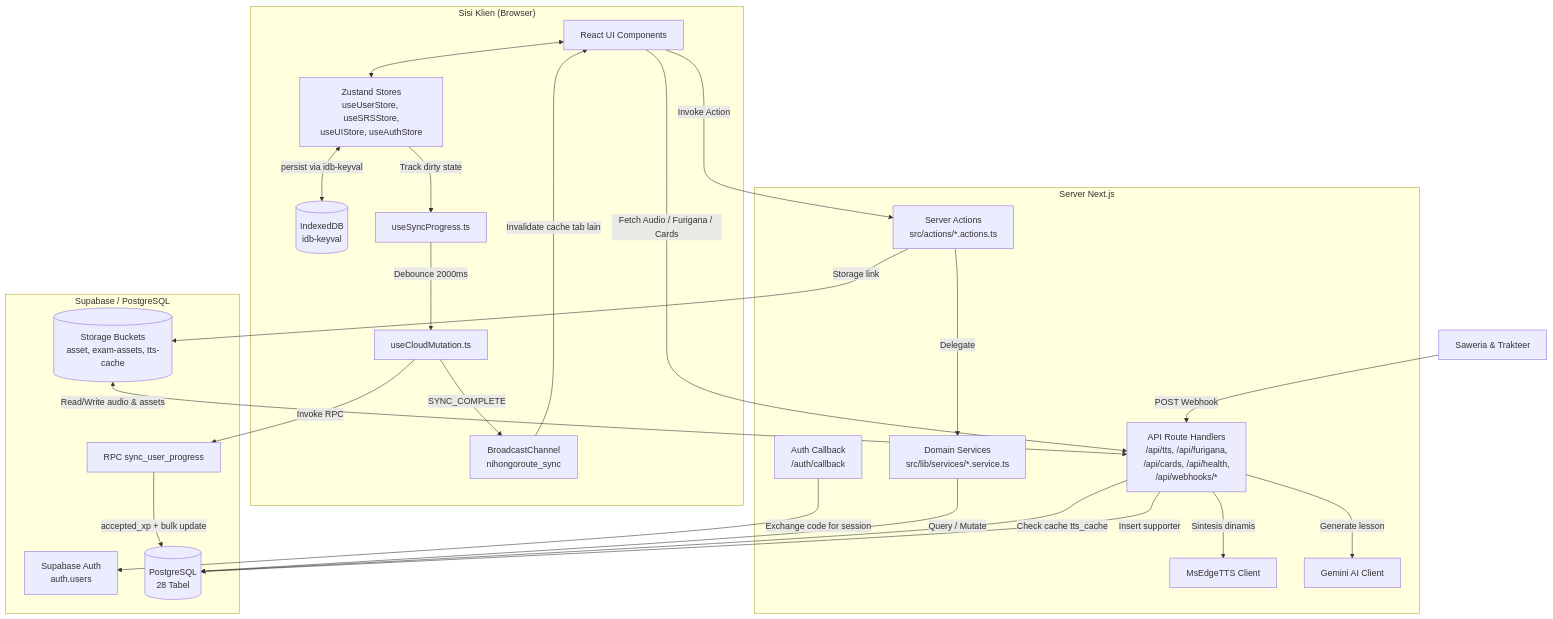
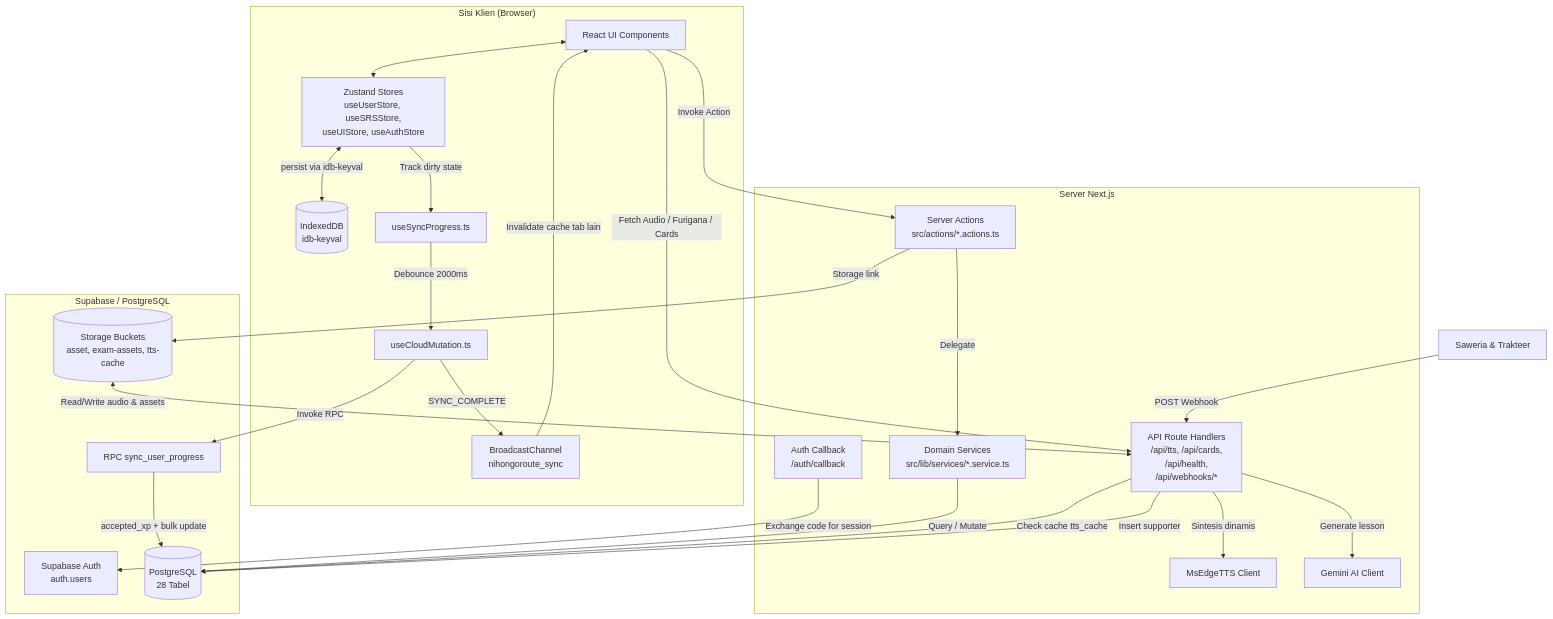
Before and after one commit to zan-118/nihongoroute: the diagram in docs/ARCHITECTURE.md, drawn with Mermaid. The commit also changed other lines of this file and 38 other files, not shown here.

````diff
--- a/docs/ARCHITECTURE.md
+++ b/docs/ARCHITECTURE.md
@@ -26,50 +26,50 @@
 ```mermaid
 graph TD
     subgraph Client ["Sisi Klien (Browser)"]
         UI["React UI Components"]
         Store["Zustand Stores<br/>useUserStore, useSRSStore,<br/>useUIStore, useAuthStore"]
         IDB[("IndexedDB<br/>idb-keyval")]
         HookSync["useSyncProgress.ts"]
         HookMut["useCloudMutation.ts"]
         BC["BroadcastChannel<br/>nihongoroute_sync"]
     end
 
     subgraph Server ["Server Next.js"]
         Actions["Server Actions<br/>src/actions/*.actions.ts"]
         Services["Domain Services<br/>src/lib/services/*.service.ts"]
-        API["API Route Handlers<br/>/api/tts, /api/furigana,<br/>/api/cards, /api/health,<br/>/api/webhooks/*"]
+        API["API Route Handlers<br/>/api/tts, /api/cards,<br/>/api/health,<br/>/api/webhooks/*"]
         AuthCB["Auth Callback<br/>/auth/callback"]
         EdgeTTS["MsEdgeTTS Client"]
         Gemini["Gemini AI Client"]
     end
 
     subgraph Supabase ["Supabase / PostgreSQL"]
         Auth["Supabase Auth<br/>auth.users"]
         DB[("PostgreSQL<br/>28 Tabel")]
         RPC["RPC sync_user_progress"]
         Buckets[("Storage Buckets<br/>asset, exam-assets, tts-cache")]
     end
 
     Donation["Saweria & Trakteer"] -->|POST Webhook| API
 
     UI <--> Store
     Store <-->|persist via idb-keyval| IDB
     Store -->|Track dirty state| HookSync
     HookSync -->|Debounce 2000ms| HookMut
     HookMut -->|Invoke RPC| RPC
     RPC -->|accepted_xp + bulk update| DB
     HookMut -->|SYNC_COMPLETE| BC
     BC -->|Invalidate cache tab lain| UI
 
     UI -->|Invoke Action| Actions
     Actions -->|Delegate| Services
     Services -->|Query / Mutate| DB
     UI -->|Fetch Audio / Furigana / Cards| API
     API -->|Check cache tts_cache| DB
     API -->|Sintesis dinamis| EdgeTTS
     API -->|Generate lesson| Gemini
     API -->|Insert supporter| DB
     Buckets <-->|Read/Write audio & assets| API
     Actions -->|Storage link| Buckets
     AuthCB -->|Exchange code for session| Auth
 ```
````
